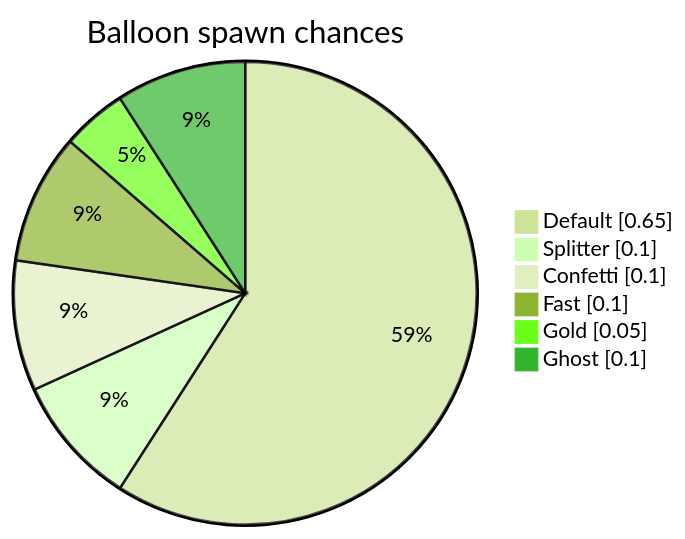
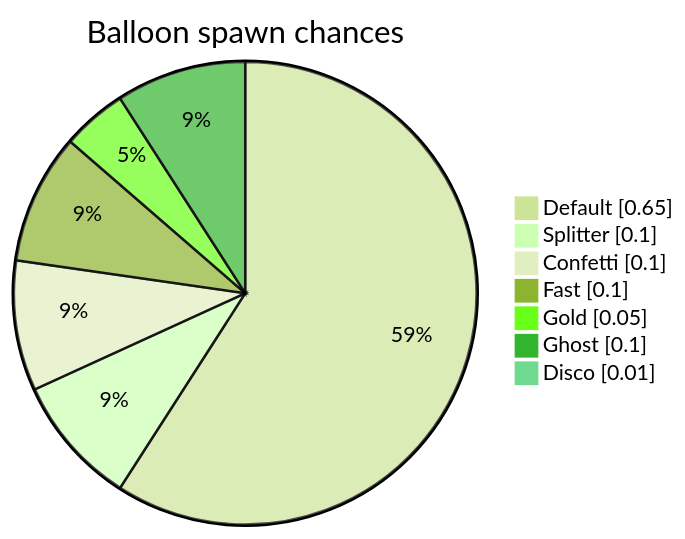
Before and after one commit to SimonStnn/pop-a-loon: the first of 3 diagrams in docs/README.md, drawn with Mermaid (forest theme). The commit also changed other lines of this file and 1 other file, not shown here.

Commit message:
Add disco balloon docs

````diff
--- a/docs/README.md
+++ b/docs/README.md
@@ -273,10 +274,11 @@
 ```mermaid
 pie showData
 title Balloon spawn chances
    "Default" : 0.65
    "Splitter": 0.10
    "Confetti" : 0.10
    "Fast": 0.10
    "Gold": 0.05
    "Ghost": 0.10
+   "Disco": 0.01
 ```
````
